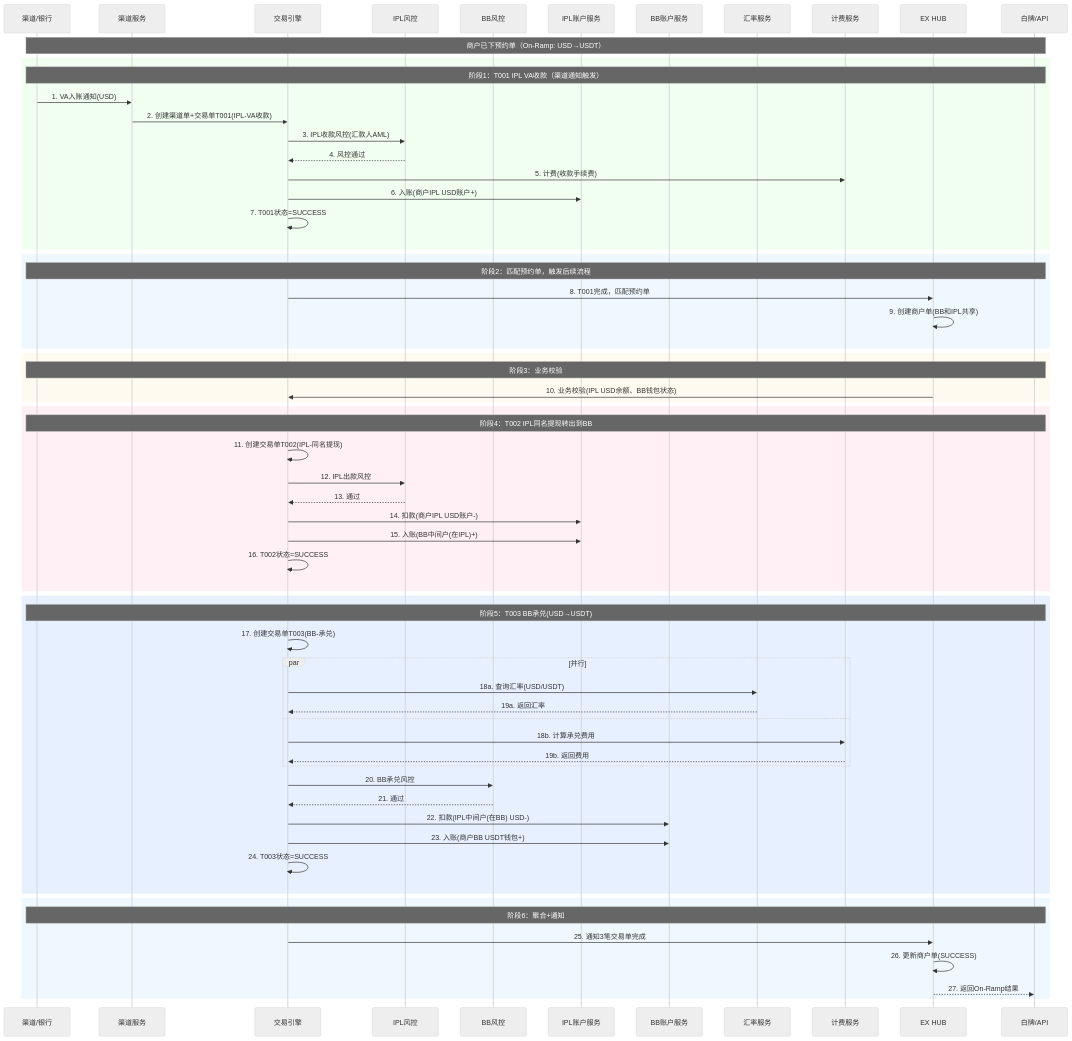
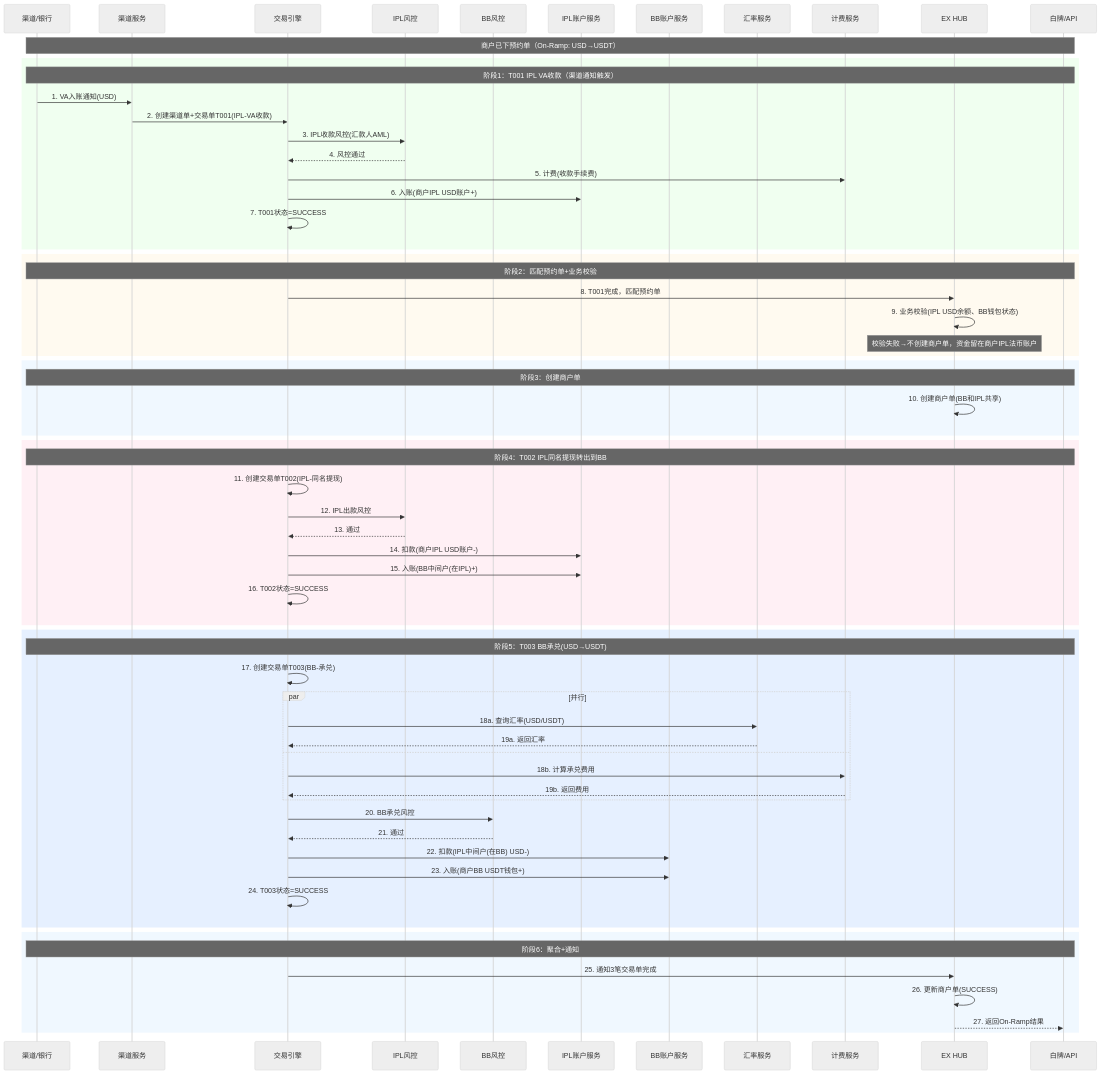
The eighth of 19 diagrams in onofframp/prd/onramp-complete.md (xiaoxiaoangie/EX-NEW), drawn with Mermaid (neutral theme) before and after one commit. The commit also changed other lines of this file and 10 other files, not shown here.

````diff
--- a/onofframp/prd/onramp-complete.md
+++ b/onofframp/prd/onramp-complete.md
@@ -741,72 +739,73 @@
 ```mermaid
 sequenceDiagram
     participant Channel as 渠道/银行
     participant CO as 渠道服务
     participant TE as 交易引擎
     participant IPL_Risk as IPL风控
     participant BB_Risk as BB风控
     participant IPL_Account as IPL账户服务
     participant BB_Account as BB账户服务
     participant FX as 汇率服务
     participant Pricing as 计费服务
     participant HUB as EX HUB
     participant WP as 白牌/API
   
     Note over Channel,WP: 商户已下预约单（On-Ramp: USD→USDT）
   
     rect rgb(240, 255, 240)
         Note over Channel,WP: 阶段1：T001 IPL VA收款（渠道通知触发）
         Channel->>CO: 1. VA入账通知(USD)
         CO->>TE: 2. 创建渠道单+交易单T001(IPL-VA收款)
         TE->>IPL_Risk: 3. IPL收款风控(汇款人AML)
         IPL_Risk-->>TE: 4. 风控通过
         TE->>Pricing: 5. 计费(收款手续费)
         TE->>IPL_Account: 6. 入账(商户IPL USD账户+)
         TE->>TE: 7. T001状态=SUCCESS
     end
   
-    rect rgb(240, 248, 255)
-        Note over Channel,WP: 阶段2：匹配预约单，触发后续流程
+    rect rgb(255, 250, 240)
+        Note over Channel,WP: 阶段2：匹配预约单+业务校验
         TE->>HUB: 8. T001完成，匹配预约单
-        HUB->>HUB: 9. 创建商户单(BB和IPL共享)
+        HUB->>HUB: 9. 业务校验(IPL USD余额、BB钱包状态)
+        Note over HUB: 校验失败→不创建商户单，资金留在商户IPL法币账户
     end
   
-    rect rgb(255, 250, 240)
-        Note over Channel,WP: 阶段3：业务校验
-        HUB->>TE: 10. 业务校验(IPL USD余额、BB钱包状态)
+    rect rgb(240, 248, 255)
+        Note over Channel,WP: 阶段3：创建商户单
+        HUB->>HUB: 10. 创建商户单(BB和IPL共享)
     end
   
     rect rgb(255, 240, 245)
         Note over Channel,WP: 阶段4：T002 IPL同名提现转出到BB
         TE->>TE: 11. 创建交易单T002(IPL-同名提现)
         TE->>IPL_Risk: 12. IPL出款风控
         IPL_Risk-->>TE: 13. 通过
         TE->>IPL_Account: 14. 扣款(商户IPL USD账户-)
         TE->>IPL_Account: 15. 入账(BB中间户(在IPL)+)
         TE->>TE: 16. T002状态=SUCCESS
     end
   
     rect rgb(230, 240, 255)
         Note over Channel,WP: 阶段5：T003 BB承兑(USD→USDT)
         TE->>TE: 17. 创建交易单T003(BB-承兑)
         par 并行
             TE->>FX: 18a. 查询汇率(USD/USDT)
             FX-->>TE: 19a. 返回汇率
         and
             TE->>Pricing: 18b. 计算承兑费用
             Pricing-->>TE: 19b. 返回费用
         end
         TE->>BB_Risk: 20. BB承兑风控
         BB_Risk-->>TE: 21. 通过
         TE->>BB_Account: 22. 扣款(IPL中间户(在BB) USD-)
         TE->>BB_Account: 23. 入账(商户BB USDT钱包+)
         TE->>TE: 24. T003状态=SUCCESS
     end
   
     rect rgb(240, 248, 255)
         Note over Channel,WP: 阶段6：聚合+通知
         TE->>HUB: 25. 通知3笔交易单完成
         HUB->>HUB: 26. 更新商户单(SUCCESS)
         HUB-->>WP: 27. 返回On-Ramp结果
     end
 ```
````
